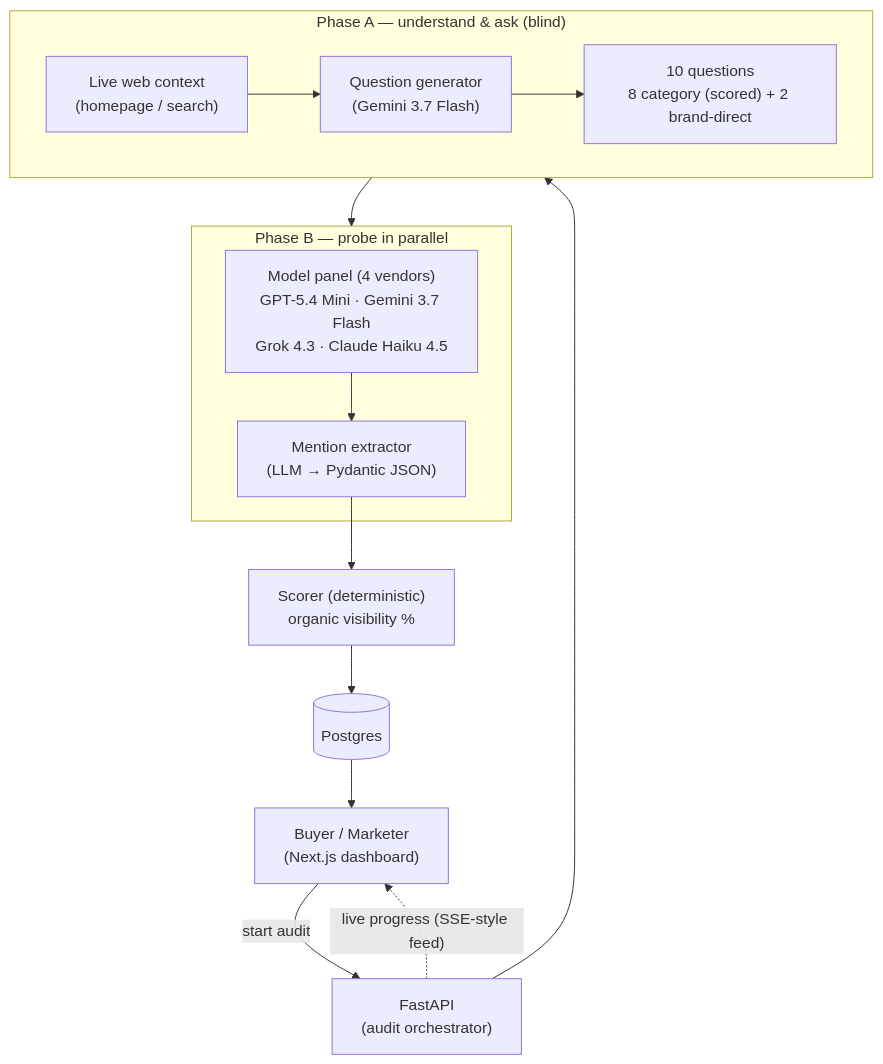
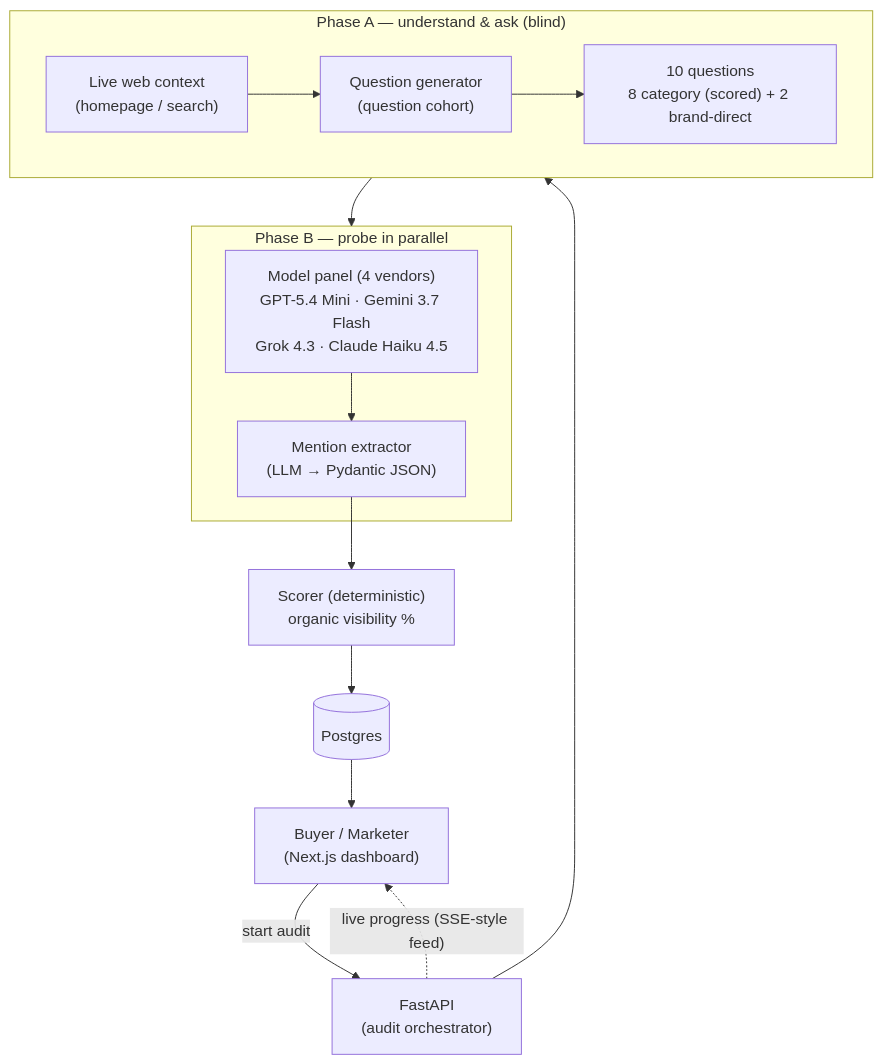
Before and after one commit to Rahul2899/aura-ai-visibility: the diagram in README.md, drawn with Mermaid. The commit also changed other lines of this file and 1 other file, not shown here.

````diff
--- a/README.md
+++ b/README.md
@@ -85,21 +91,21 @@
 ```mermaid
 graph TD
     User["Buyer / Marketer<br/>(Next.js dashboard)"] -->|start audit| API["FastAPI<br/>(audit orchestrator)"]
 
     subgraph Phase_A["Phase A — understand & ask (blind)"]
         Web["Live web context<br/>(homepage / search)"] --> Gen
-        Gen["Question generator<br/>(Gemini 3.7 Flash)"] --> Qs["10 questions<br/>8 category (scored) + 2 brand-direct"]
+        Gen["Question generator<br/>(question cohort)"] --> Qs["10 questions<br/>8 category (scored) + 2 brand-direct"]
     end
 
     subgraph Phase_B["Phase B — probe in parallel"]
         Panel["Model panel (4 vendors)<br/>GPT-5.4 Mini · Gemini 3.7 Flash<br/>Grok 4.3 · Claude Haiku 4.5"]
         Extract["Mention extractor<br/>(LLM → Pydantic JSON)"]
         Panel --> Extract
     end
 
     API --> Phase_A --> Phase_B
     Extract --> Score["Scorer (deterministic)<br/>organic visibility %"]
     Score --> DB[("Postgres")]
     DB --> User
     API -. live progress (SSE-style feed) .-> User
 ```
````
